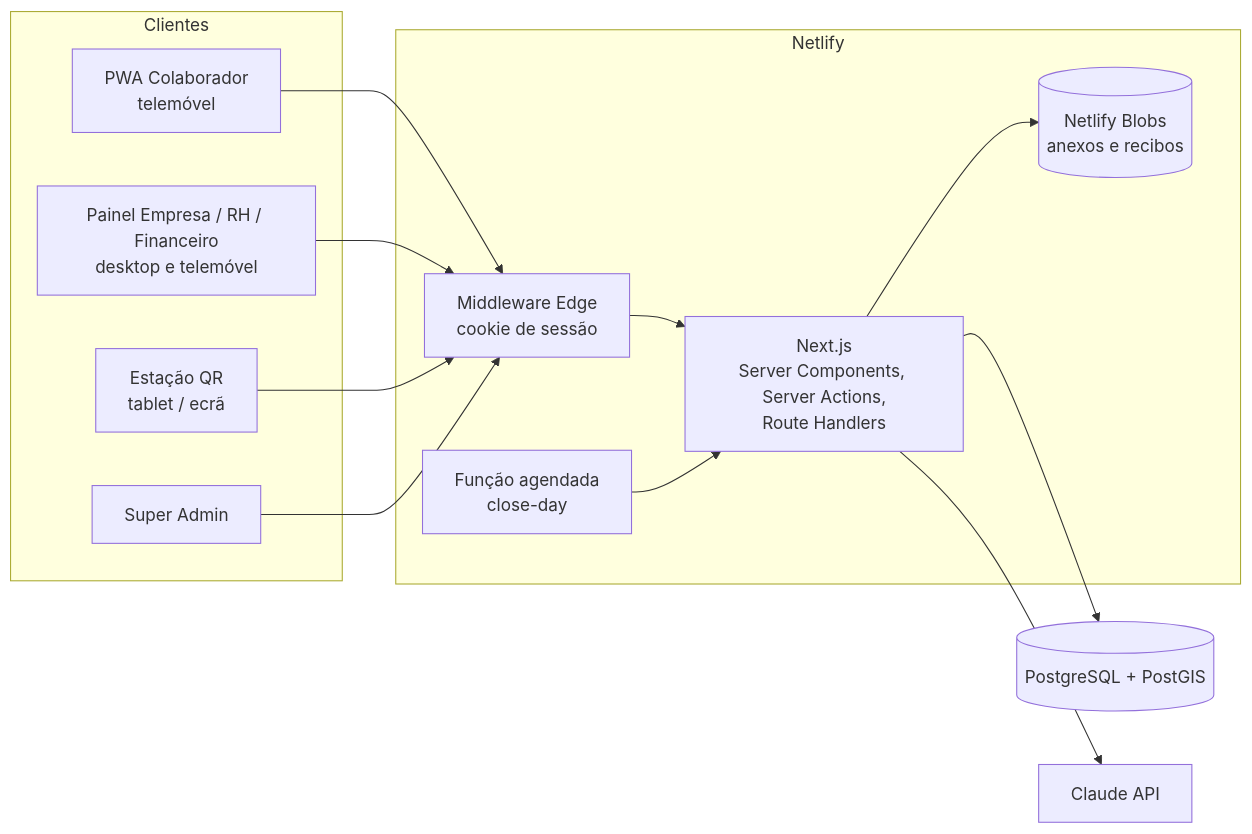
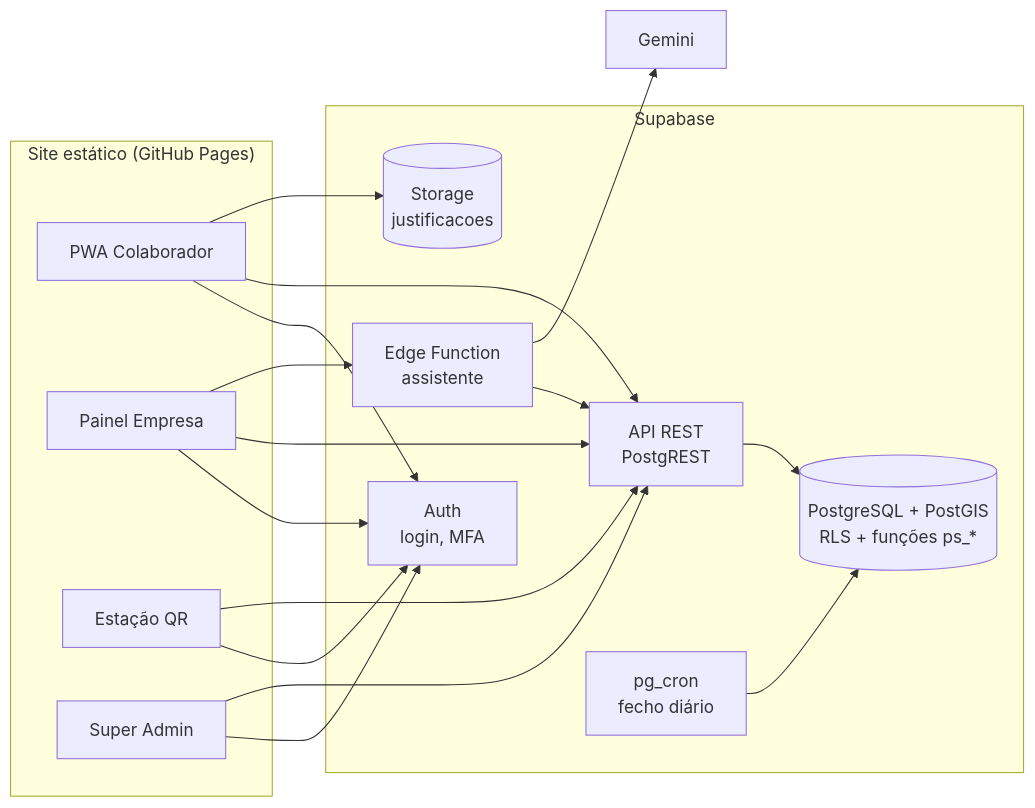
One commit to Henriquest-Dev/ponto-smart changed the first of 2 diagrams in docs/ARQUITECTURA.md. Above: the diagram before and after it, drawn with Mermaid. The commit also changed other lines of this file and 14 other files, not shown here.

First line of the commit message:
Nova home, Edge Function do assistente e publicação no GitHub Pages

````diff
--- a/docs/ARQUITECTURA.md
+++ b/docs/ARQUITECTURA.md
@@ -5,22 +5,24 @@
 ```mermaid
 flowchart LR
-  subgraph Clientes
-    A[PWA Colaborador<br/>telemóvel] 
-    B[Painel Empresa / RH / Financeiro<br/>desktop e telemóvel]
-    C[Estação QR<br/>tablet / ecrã]
+  subgraph Navegador["Site estático (GitHub Pages)"]
+    A[PWA Colaborador]
+    B[Painel Empresa]
+    C[Estação QR]
     D[Super Admin]
   end
-  subgraph Netlify
-    M[Middleware Edge<br/>cookie de sessão]
-    N[Next.js<br/>Server Components, Server Actions,<br/>Route Handlers]
-    F[Função agendada<br/>close-day]
-    BL[(Netlify Blobs<br/>anexos e recibos)]
+  subgraph Supabase
+    AU[Auth<br/>login, MFA]
+    PR[API REST<br/>PostgREST]
+    PG[(PostgreSQL + PostGIS<br/>RLS + funções ps_*)]
+    ST[(Storage<br/>justificacoes)]
+    EF[Edge Function<br/>assistente]
+    CR[pg_cron<br/>fecho diário]
   end
-  PG[(PostgreSQL + PostGIS)]
-  AI[Claude API]
-  A & B & C & D --> M --> N
-  N --> PG
-  N --> BL
-  N --> AI
-  F --> N
+  GM[Gemini]
+  A & B & C & D --> AU
+  A & B & C & D --> PR --> PG
+  A --> ST
+  B --> EF --> PR
+  EF --> GM
+  CR --> PG
 ```
````
